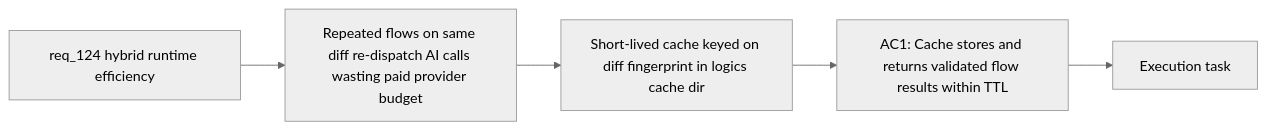
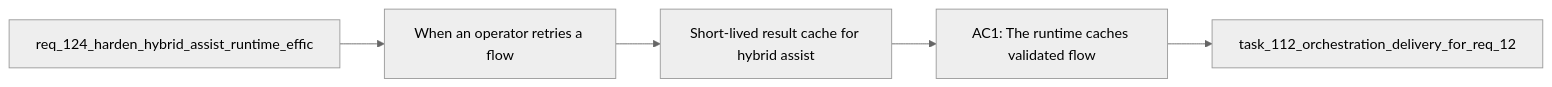
The diagram in logics/backlog/item_221_short_lived_result_cache_for_hybrid_assist_flows.md (AlexAgo83/logics-manager), drawn with Mermaid (neutral theme) before and after one commit. The commit also changed other lines of this file and 481 other files, not shown here.

````diff
--- a/logics/backlog/item_221_short_lived_result_cache_for_hybrid_assist_flows.md
+++ b/logics/backlog/item_221_short_lived_result_cache_for_hybrid_assist_flows.md
@@ -22,9 +22,9 @@
 ```mermaid
 %% logics-kind: backlog
 %% logics-signature: backlog|short-lived-result-cache-for-hybrid-assi|req-124-harden-hybrid-assist-runtime-eff|when-an-operator-retries-a-flow|ac1-the-runtime-caches-validated-flow
 flowchart LR
-    Request[req_124 hybrid runtime efficiency] --> Problem[Repeated flows on same diff re-dispatch AI calls wasting paid provider budget]
-    Problem --> Scope[Short-lived cache keyed on diff fingerprint in logics cache dir]
-    Scope --> AC1[AC1: Cache stores and returns validated flow results within TTL]
-    AC1 --> Tasks[Execution task]
+    Request[req_124_harden_hybrid_assist_runtime_effic] --> Problem[When an operator retries a flow]
+    Problem --> Scope[Short-lived result cache for hybrid assist]
+    Scope --> Acceptance[AC1: The runtime caches validated flow]
+    Acceptance --> Tasks[task_112_orchestration_delivery_for_req_12]
 ```
````
